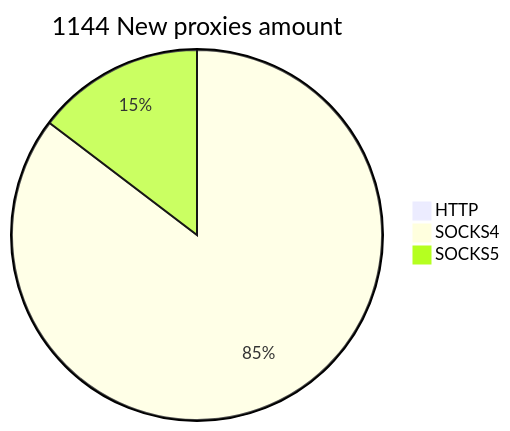
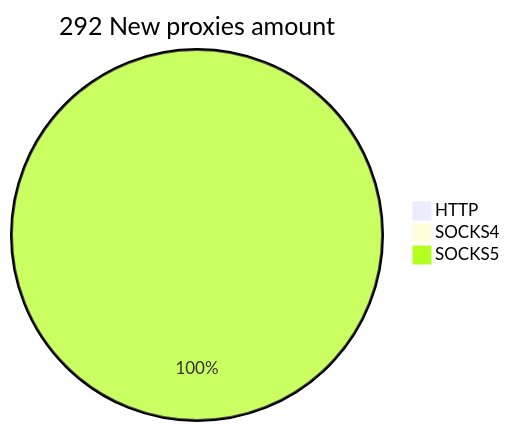
The second of 2 diagrams in README.md (cutipu/proxylist), drawn with Mermaid before and after one commit. The commit also changed other lines of this file, not shown here.

````diff
--- a/README.md
+++ b/README.md
@@ -10,6 +10,6 @@
 ```mermaid
-pie title 1144 New proxies amount
+pie title 292 New proxies amount
     "HTTP" : 0
-    "SOCKS4" : 1083
-    "SOCKS5" : 186
+    "SOCKS4" : 1
+    "SOCKS5" : 328
 ```
````
